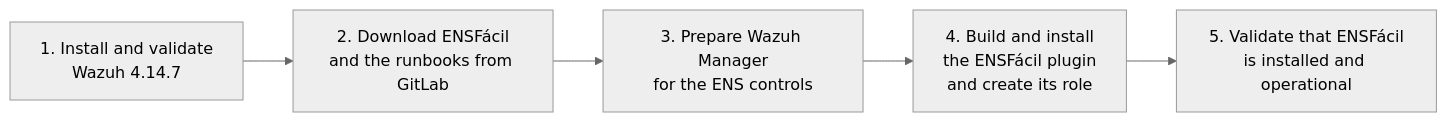
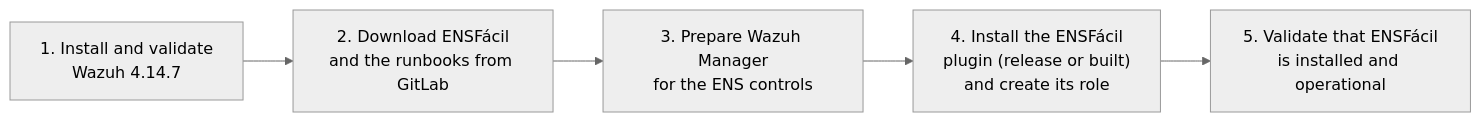
The diagram in docs/deployment/01-installation-from-scratch.en.md (arseniteio/power-ens), drawn with Mermaid (neutral theme) before and after one commit. The commit also changed other lines of this file and 9 other files, not shown here.

Commit message:
docs: install from a release by default in guides 01-04, build guide for source

````diff
--- a/docs/deployment/01-installation-from-scratch.en.md
+++ b/docs/deployment/01-installation-from-scratch.en.md
@@ -79,7 +79,7 @@
 ```mermaid
 flowchart LR
   A["1. Install and validate<br/>Wazuh 4.14.7"] --> B["2. Download ENSFácil<br/>and the runbooks from GitLab"]
   B --> C["3. Prepare Wazuh Manager<br/>for the ENS controls"]
-  C --> D["4. Build and install<br/>the ENSFácil plugin<br/>and create its role"]
+  C --> D["4. Install the ENSFácil<br/>plugin (release or built)<br/>and create its role"]
   D --> E["5. Validate that ENSFácil<br/>is installed and operational"]
 ```
````
